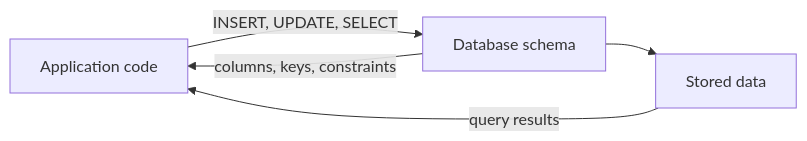
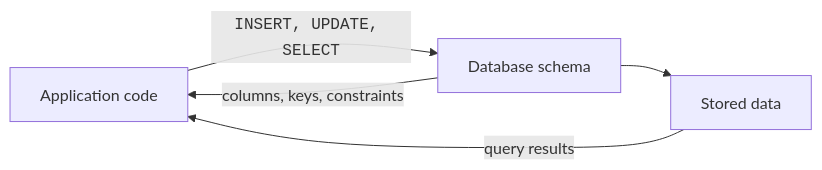
One commit to dataslope/dataslope changed the second of 5 diagrams in content/learn/database-design-postgresql/how-design-shapes-software.mdx. Above: the diagram before and after it, drawn with Mermaid. The commit also changed other lines of this file and 46 other files, not shown here.

First line of the commit message:
Wrap code in mermaid edge labels + entity/table names in DB diagrams

````diff
--- a/content/learn/database-design-postgresql/how-design-shapes-software.mdx
+++ b/content/learn/database-design-postgresql/how-design-shapes-software.mdx
@@ -45,7 +45,7 @@
 ```mermaid
 flowchart LR
-    A["Application code"] -->|"INSERT, UPDATE, SELECT"| B["Database schema"]
+    A["Application code"] -->|"<code>INSERT, UPDATE, SELECT</code>"| B["Database schema"]
     B -->|"columns, keys, constraints"| A
     B --> C["Stored data"]
     C -->|"query results"| A
 ```
````
